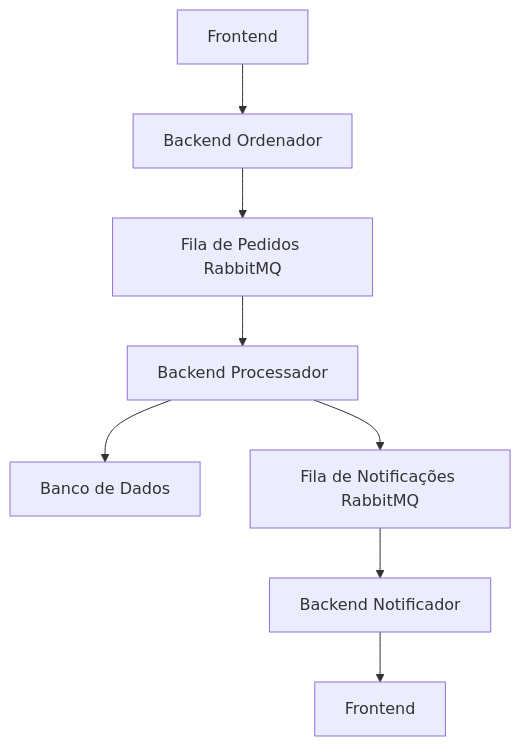
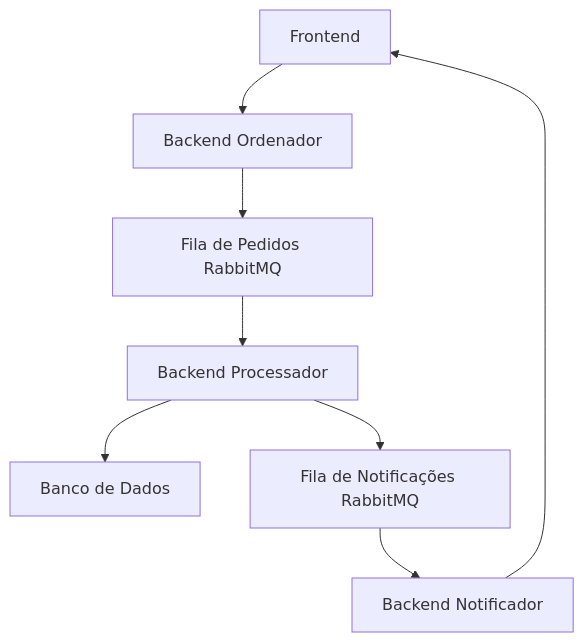
Before and after one commit to bernardogomesrib/messageria: the diagram in README.md, drawn with Mermaid.

````diff
--- a/README.md
+++ b/README.md
@@ -14,10 +14,10 @@
 ```mermaid
 graph TD
     A[Frontend] --> B[Backend Ordenador]
     B --> C[Fila de Pedidos RabbitMQ]
     C --> D[Backend Processador]
     D --> E[Banco de Dados]
     D --> F[Fila de Notificações RabbitMQ]
     F --> G[Backend Notificador]
-    G --> H[Frontend]
+    G --> A[Frontend]
 ```
````
